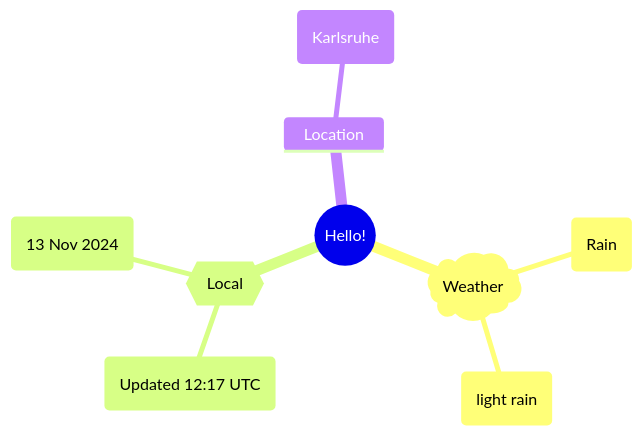
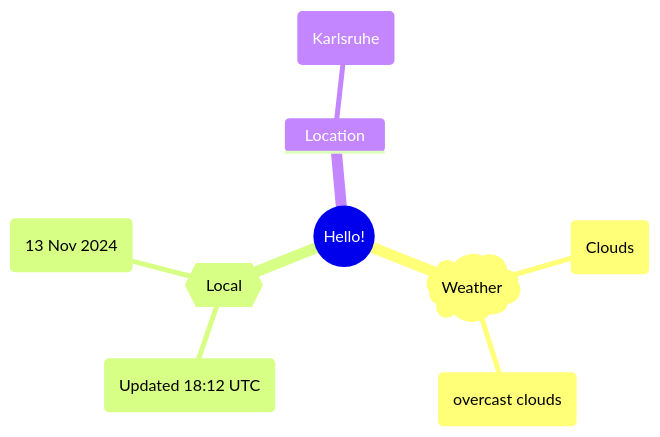
The first of 2 diagrams in README.md (Xosrov/Xosrov), drawn with Mermaid before and after one commit.

Commit message:
[bot] updated images

````diff
--- a/README.md
+++ b/README.md
@@ -3,12 +3,12 @@
 ```mermaid
 mindmap
   root((Hello!))
     )Weather(
-        (Rain)
-        (light rain)
+        (Clouds)
+        (overcast clouds)
     {{Local}}
-        (Updated 12:17 UTC)
+        (Updated 18:12 UTC)
         (13 Nov 2024)
     Location
         (Karlsruhe)
 ```
````
